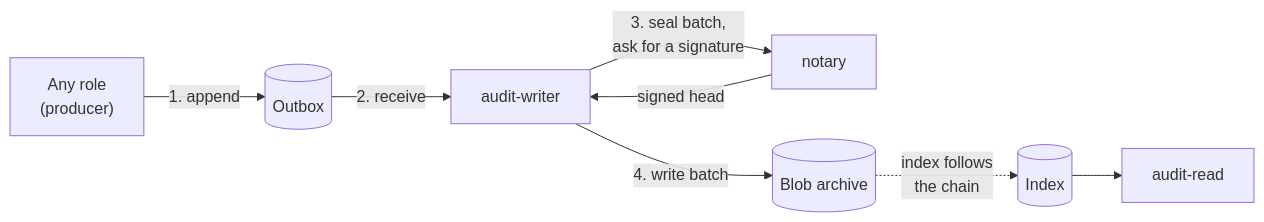
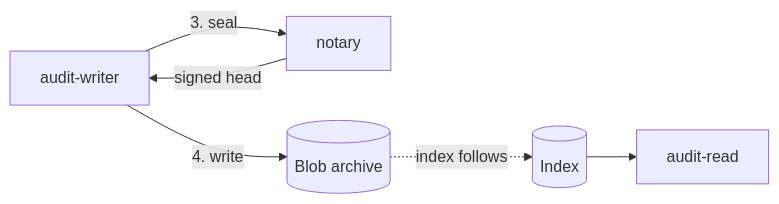
One commit to truvity/sluis changed the second of 2 diagrams in docs/concepts/audit.md. Above: the diagram before and after it, drawn with Mermaid. The commit also changed other lines of this file and 10 other files, not shown here.

First line of the commit message:
docs(site): record OD-6, 17, 20, 21, 22 and open OD-31; rewrite the other wide diagrams

````diff
--- a/docs/concepts/audit.md
+++ b/docs/concepts/audit.md
@@ -19,10 +29,8 @@
 ```mermaid
 flowchart LR
-  P["Any role<br/>(producer)"] -->|"1. append"| O[("Outbox")]
-  O -->|"2. receive"| W["audit-writer"]
-  W -->|"3. seal batch,<br/>ask for a signature"| N["notary"]
+  W["audit-writer"] -->|"3. seal"| N["notary"]
   N -->|"signed head"| W
-  W -->|"4. write batch"| B[("Blob archive")]
-  B -.->|"index follows<br/>the chain"| I[("Index")]
+  W -->|"4. write"| B[("Blob archive")]
+  B -.->|"index follows"| I[("Index")]
   I --> R["audit-read"]
 ```
````
